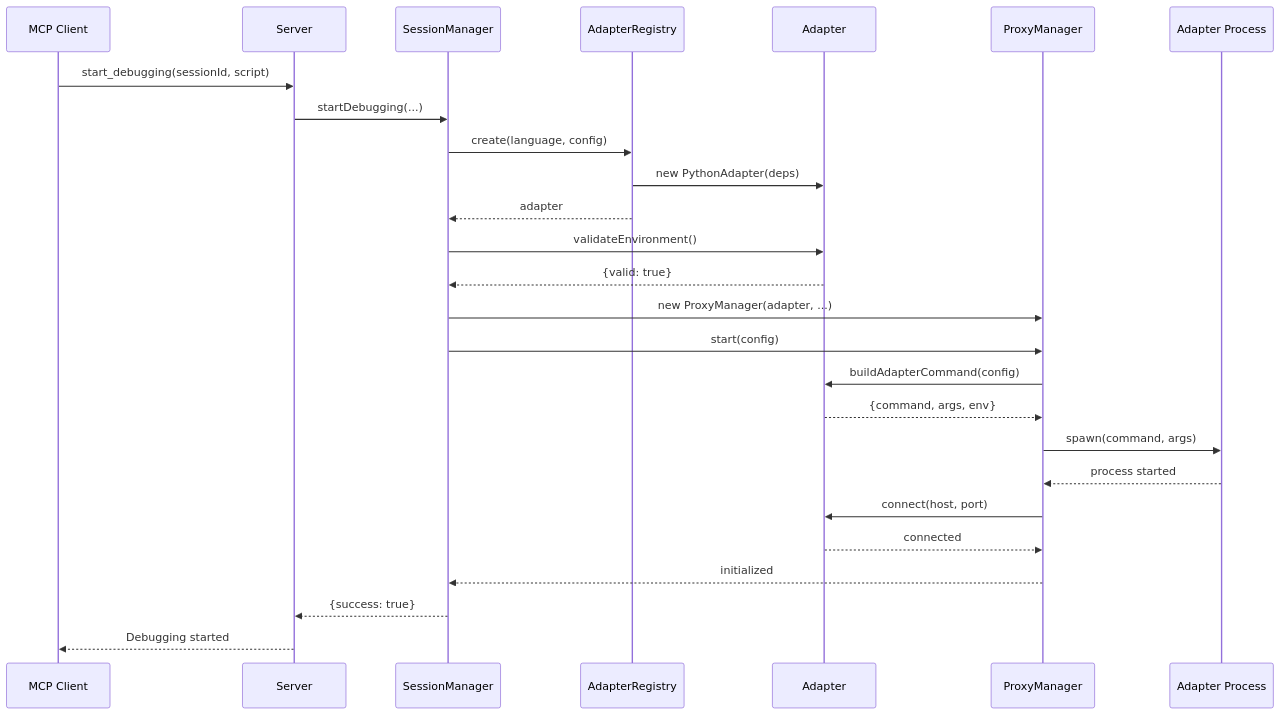
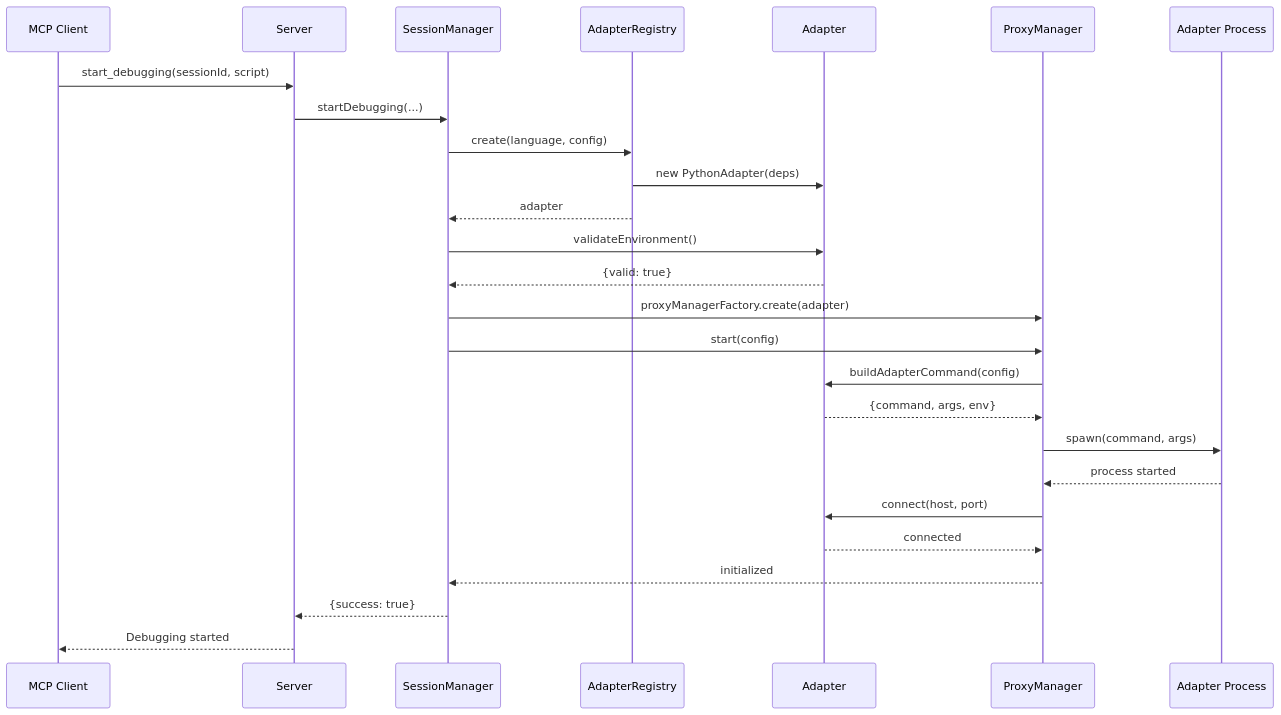
Before and after one commit to debugmcp/mcp-debugger: the third of 4 diagrams in docs/architecture/adapter-pattern-design.md, drawn with Mermaid. The commit also changed other lines of this file and 142 other files, not shown here.

````diff
--- a/docs/architecture/adapter-pattern-design.md
+++ b/docs/architecture/adapter-pattern-design.md
@@ -202,35 +204,35 @@
 ```mermaid
 sequenceDiagram
     participant C as MCP Client
     participant S as Server
     participant SM as SessionManager
     participant AR as AdapterRegistry
     participant A as Adapter
     participant PM as ProxyManager
     participant AP as Adapter Process
     
     C->>S: start_debugging(sessionId, script)
     S->>SM: startDebugging(...)
     SM->>AR: create(language, config)
     AR->>A: new PythonAdapter(deps)
     AR-->>SM: adapter
     
     SM->>A: validateEnvironment()
     A-->>SM: {valid: true}
     
-    SM->>PM: new ProxyManager(adapter, ...)
+    SM->>PM: proxyManagerFactory.create(adapter)
     SM->>PM: start(config)
     
     PM->>A: buildAdapterCommand(config)
     A-->>PM: {command, args, env}
     
     PM->>AP: spawn(command, args)
     AP-->>PM: process started
     
     PM->>A: connect(host, port)
     A-->>PM: connected
     
     PM-->>SM: initialized
     SM-->>S: {success: true}
     S-->>C: Debugging started
 ```
````
